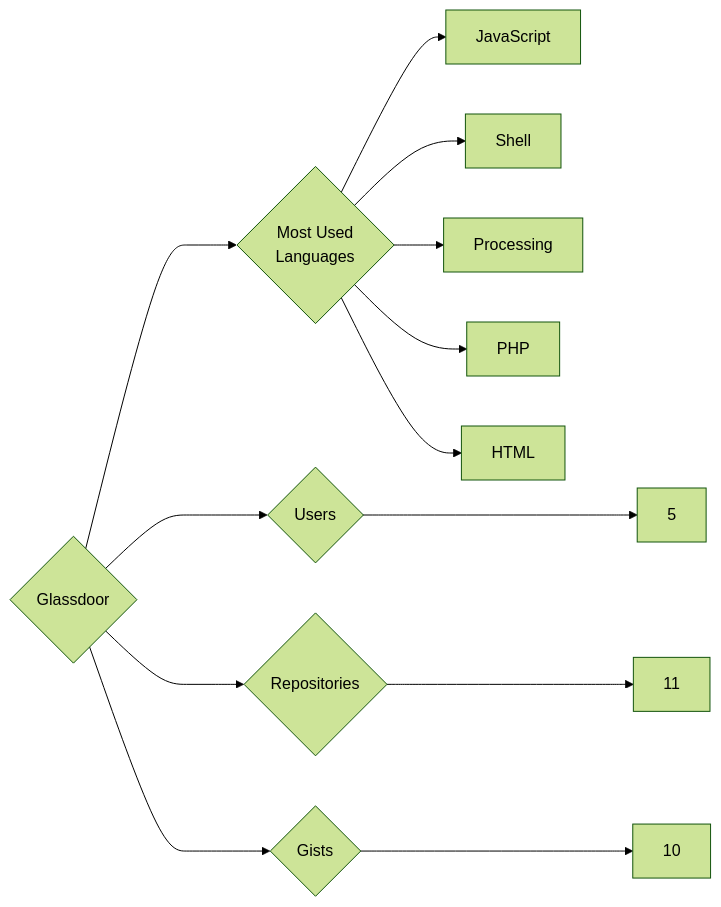
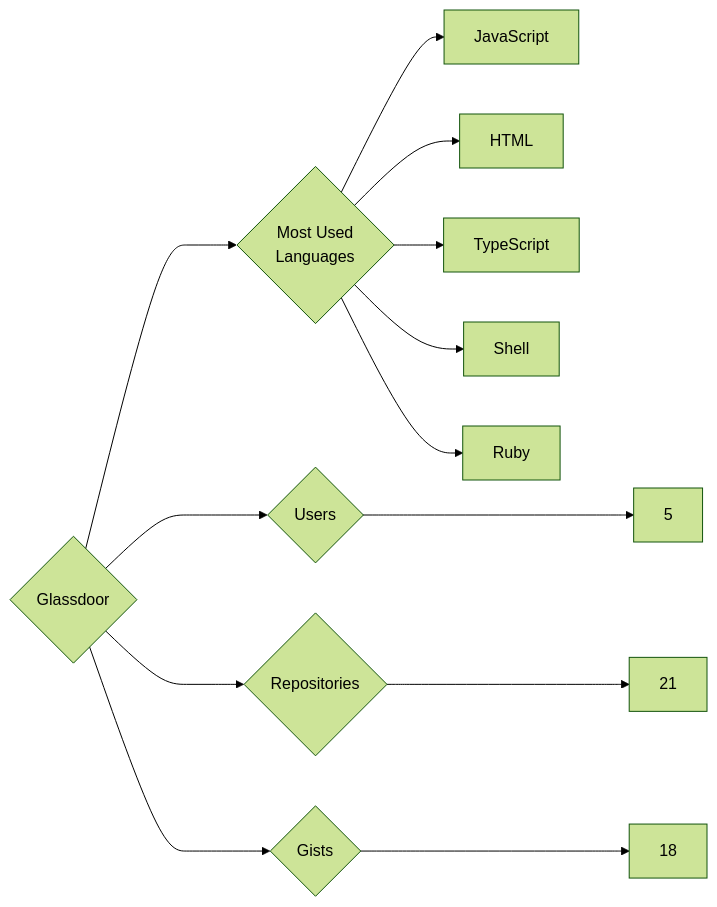
Before and after one commit to trickest/insiders: the diagram in targets/Glassdoor/README.md, drawn with Mermaid (forest theme). The commit also changed 1088 other files, not shown here.

````diff
--- a/targets/Glassdoor/README.md
+++ b/targets/Glassdoor/README.md
@@ -3,13 +3,13 @@
 ```mermaid
 graph LR
 COMPANY_NAME{Glassdoor}
 COMPANY_NAME ---> U{Users} ---> UN[5]
-COMPANY_NAME ---> R{Repositories} ---> RN[11]
-COMPANY_NAME ---> G{Gists} ---> GN[10]
+COMPANY_NAME ---> R{Repositories} ---> RN[21]
+COMPANY_NAME ---> G{Gists} ---> GN[18]
 COMPANY_NAME ---> ML{Most Used<br>Languages}
 ML --> JavaScript[JavaScript]
+ML --> HTML[HTML]
+ML --> TypeScript[TypeScript]
 ML --> Shell[Shell]
-ML --> Processing[Processing]
-ML --> PHP[PHP]
-ML --> HTML[HTML]
+ML --> Ruby[Ruby]
 ```
````
